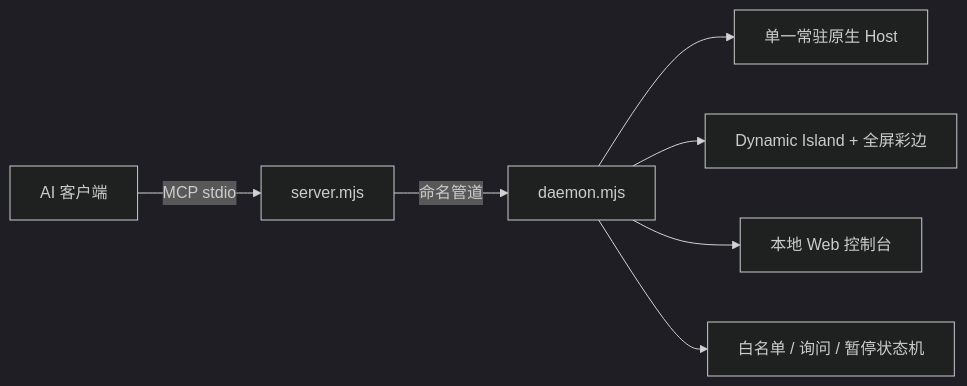
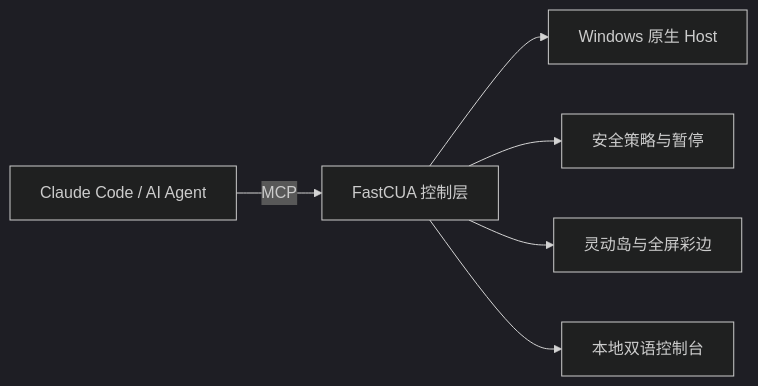
Before and after one commit to Guojiz/FastCUA: the diagram in README_zh.md, drawn with Mermaid (dark theme). The commit also changed other lines of this file and 2 other files, not shown here.

````diff
--- a/README_zh.md
+++ b/README_zh.md
@@ -32,9 +56,8 @@
 ```mermaid
 flowchart LR
-  A["AI 客户端"] -->|"MCP stdio"| B["server.mjs"]
-  B -->|"命名管道"| C["daemon.mjs"]
-  C --> D["单一常驻原生 Host"]
-  C --> E["Dynamic Island + 全屏彩边"]
-  C --> F["本地 Web 控制台"]
-  C --> G["白名单 / 询问 / 暂停状态机"]
+  A["Claude Code / AI Agent"] -->|"MCP"| B["FastCUA 控制层"]
+  B --> C["Windows 原生 Host"]
+  B --> D["安全策略与暂停"]
+  B --> E["灵动岛与全屏彩边"]
+  B --> F["本地双语控制台"]
 ```
````
